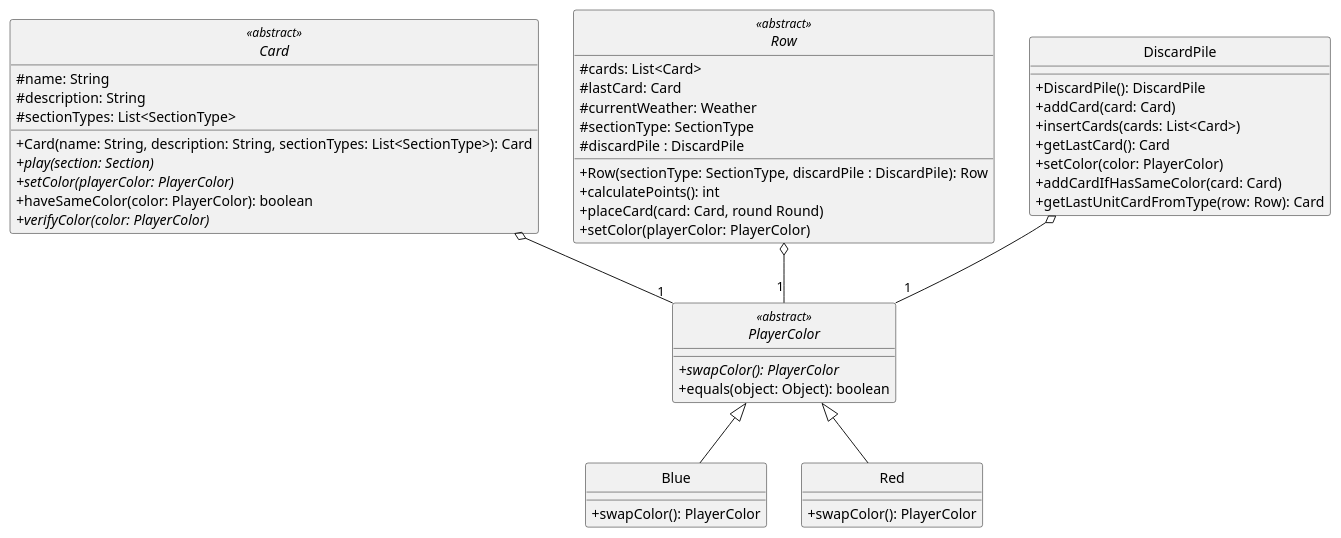
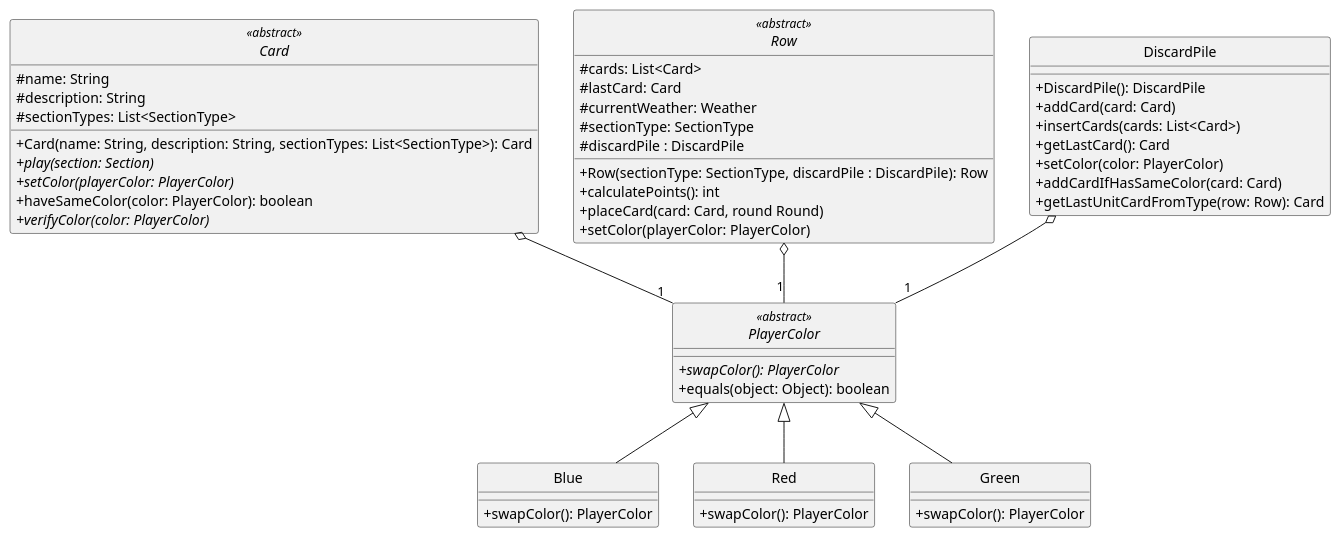
One commit to Yonhir/algo3_proyecto_base_tp2 changed the diagram in diagrams/classes/colors.plantuml. Above: the diagram before and after it, drawn with PlantUML. The commit also changed 1 other file, not shown here.

```diff
--- a/diagrams/classes/colors.plantuml
+++ b/diagrams/classes/colors.plantuml
@@ -1,60 +1,64 @@
 @startuml
 
 skinparam monochrome true
 hide circle
 skinparam classAttributeIconSize 0
 
 abstract class Card <<abstract>> {
   #name: String
   #description: String
   #sectionTypes: List<SectionType>
   +Card(name: String, description: String, sectionTypes: List<SectionType>): Card
   +{abstract}play(section: Section)
   +{abstract}setColor(playerColor: PlayerColor)
   +haveSameColor(color: PlayerColor): boolean
   +{abstract}verifyColor(color: PlayerColor)
 }
 
 abstract class Row <<abstract>> {
   #cards: List<Card>
   #lastCard: Card
   #currentWeather: Weather
   #sectionType: SectionType
   #discardPile : DiscardPile
   +Row(sectionType: SectionType, discardPile : DiscardPile): Row
   +calculatePoints(): int
   +placeCard(card: Card, round Round)
   +setColor(playerColor: PlayerColor)
 }
 
 class DiscardPile {
   +DiscardPile(): DiscardPile
   +addCard(card: Card)
   +insertCards(cards: List<Card>)
   +getLastCard(): Card
   +setColor(color: PlayerColor)
   +addCardIfHasSameColor(card: Card)
   +getLastUnitCardFromType(row: Row): Card
 }
 
 abstract class PlayerColor <<abstract>> {
   +{abstract}swapColor(): PlayerColor
   +equals(object: Object): boolean
 }
 
 class Blue {
   +swapColor(): PlayerColor
 }
 
 class Red {
   +swapColor(): PlayerColor
 }
 
+class Green {
+  +swapColor(): PlayerColor
+}
+
 Card o-- "1" PlayerColor
 Row  o-- "1" PlayerColor
 DiscardPile o-- "1" PlayerColor
 
 PlayerColor <|-- Blue
 PlayerColor <|-- Red
-
+PlayerColor <|-- Green
 @enduml
```
